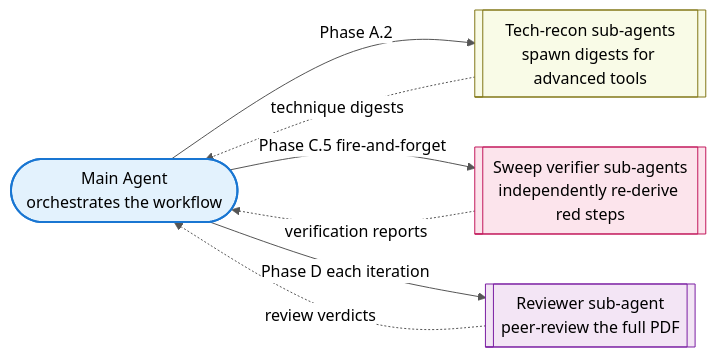
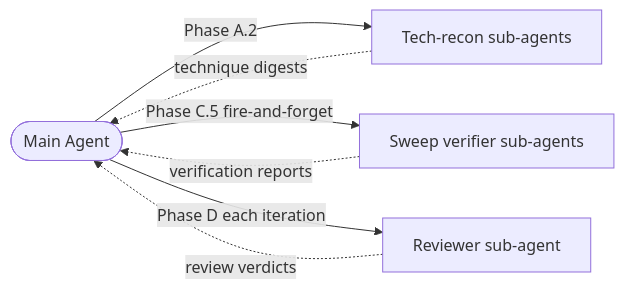
Before and after one commit to ChristianYang37/DLT-Proof-Writing-Skill: the second of 2 diagrams in README.md, drawn with Mermaid. The commit also changed other lines of this file and 1 other file, not shown here.

First line of the commit message:
Mermaid: strip ALL styling, fall back to bare Mermaid defaults

````diff
--- a/README.md
+++ b/README.md
@@ -67,19 +66,13 @@
 ```mermaid
-%%{init: {'theme':'base', 'themeVariables': {'primaryTextColor':'#000','primaryColor':'#fff','lineColor':'#555','textColor':'#000','edgeLabelBackground':'#ffffff','tertiaryTextColor':'#000','clusterTextColor':'#000','nodeTextColor':'#000'}}}%%
 flowchart LR
-    Main(["Main Agent<br/>orchestrates the workflow"])
-    Sub1[["Tech-recon sub-agents<br/>spawn digests for advanced tools"]]
-    Sub2[["Sweep verifier sub-agents<br/>independently re-derive red steps"]]
-    Sub3[["Reviewer sub-agent<br/>peer-review the full PDF"]]
-    Main -->|"Phase A.2"| Sub1
-    Main -->|"Phase C.5 fire-and-forget"| Sub2
-    Main -->|"Phase D each iteration"| Sub3
-    Sub1 -.->|"technique digests"| Main
-    Sub2 -.->|"verification reports"| Main
-    Sub3 -.->|"review verdicts"| Main
-
-    style Main fill:#e3f2fd,stroke:#1976d2,stroke-width:2px,color:#000
-    style Sub1 fill:#f9fbe7,stroke:#827717,color:#000
-    style Sub2 fill:#fce4ec,stroke:#c2185b,color:#000
-    style Sub3 fill:#f3e5f5,stroke:#7b1fa2,color:#000
+    Main([Main Agent])
+    Sub1[Tech-recon sub-agents]
+    Sub2[Sweep verifier sub-agents]
+    Sub3[Reviewer sub-agent]
+    Main -->|Phase A.2| Sub1
+    Main -->|Phase C.5 fire-and-forget| Sub2
+    Main -->|Phase D each iteration| Sub3
+    Sub1 -.->|technique digests| Main
+    Sub2 -.->|verification reports| Main
+    Sub3 -.->|review verdicts| Main
 ```
````
